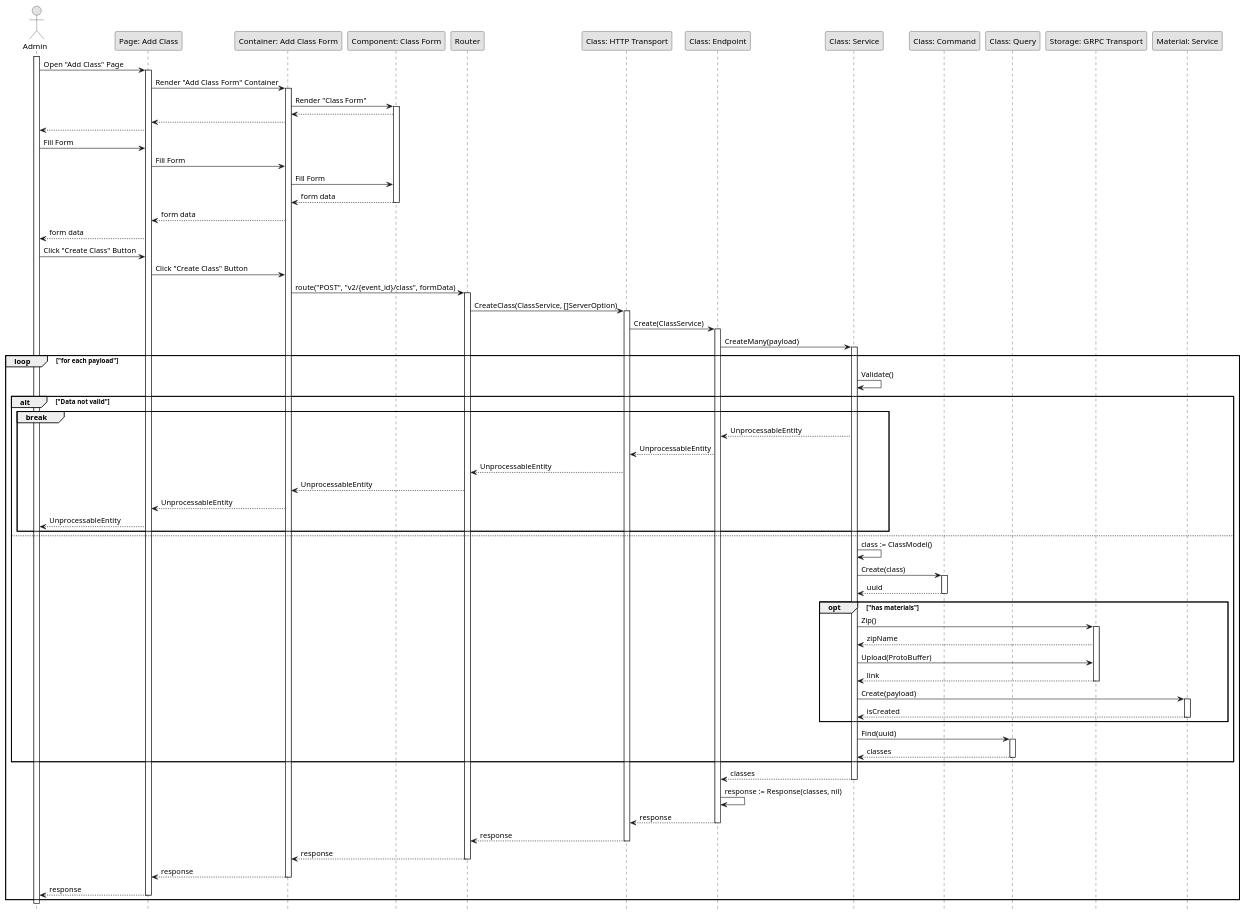
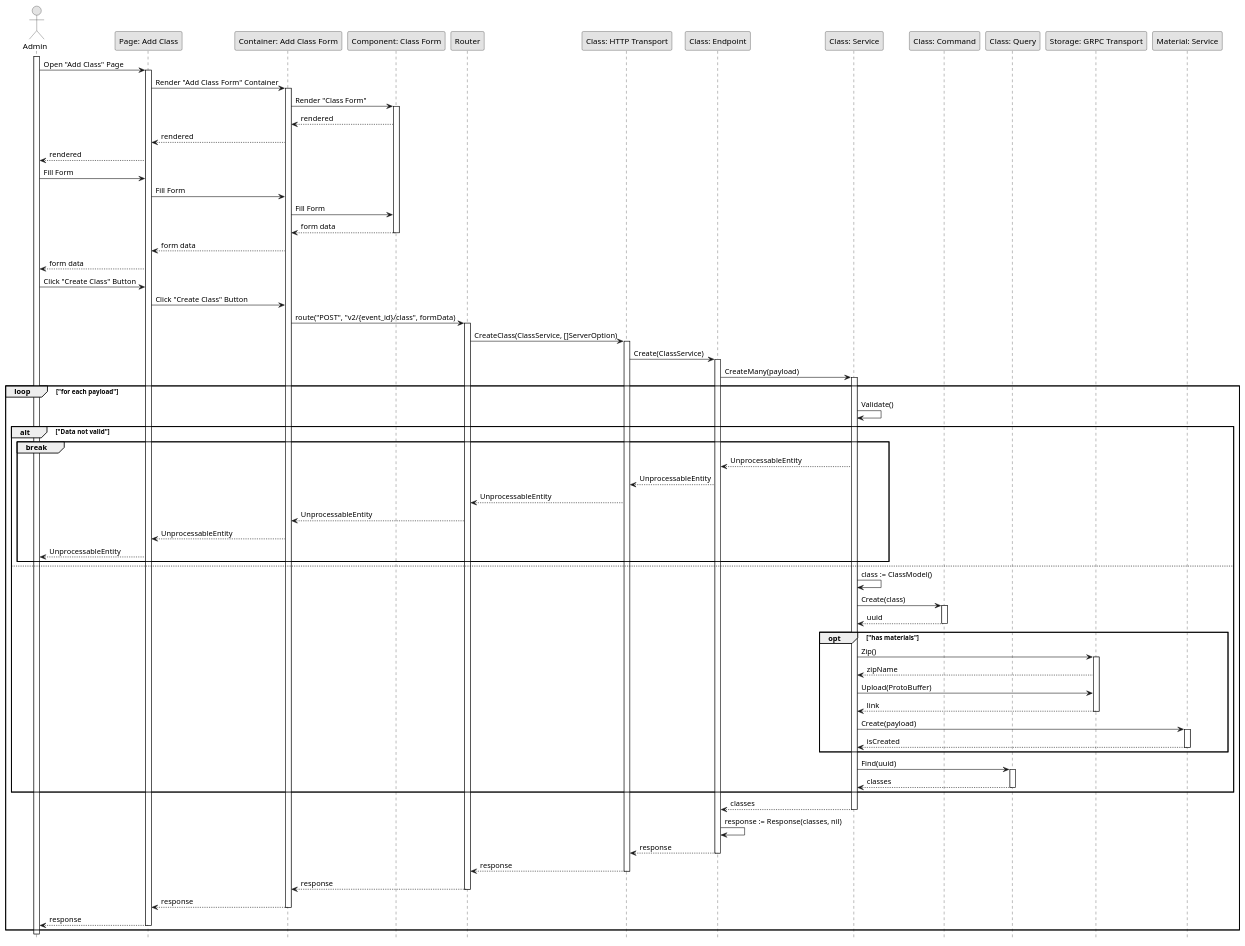
Before and after one commit to fwidjaya20/fazzlearning-uml: the diagram in Sequence/Release01/CreateClass.wsd, drawn with PlantUML. The commit also changed 15 other files, not shown here.

Commit message:
fix(sequence): adding return wording

```diff
--- a/Sequence/Release01/CreateClass.wsd
+++ b/Sequence/Release01/CreateClass.wsd
@@ -1,107 +1,107 @@
 @startuml CreateClass
 
 skinparam Monochrome true
 skinparam Shadowing false
 hide footbox
 
 actor Admin
 participant "Page: Add Class" as AddClassPage
 participant "Container: Add Class Form" as AddClassFormContainer
 participant "Component: Class Form" as ClassForm
 participant "Router" as Router
 participant "Class: HTTP Transport" as ClassHTTPTransport
 participant "Class: Endpoint" as ClassEndpoint
 participant "Class: Service" as ClassService
 participant "Class: Command" as ClassCommand
 participant "Class: Query" as ClassQuery
 participant "Storage: GRPC Transport" as StorageGRPCTransport
 participant "Material: Service" as MaterialService
 
 activate Admin
 
 Admin->AddClassPage: Open "Add Class" Page
 activate AddClassPage
 AddClassPage->AddClassFormContainer: Render "Add Class Form" Container
 activate AddClassFormContainer
 AddClassFormContainer->ClassForm: Render "Class Form"
 activate ClassForm
-ClassForm-->AddClassFormContainer
-AddClassFormContainer-->AddClassPage
-AddClassPage-->Admin
+ClassForm-->AddClassFormContainer: rendered
+AddClassFormContainer-->AddClassPage: rendered
+AddClassPage-->Admin: rendered
 
 Admin->AddClassPage: Fill Form
 AddClassPage->AddClassFormContainer: Fill Form
 AddClassFormContainer->ClassForm: Fill Form
 ClassForm-->AddClassFormContainer: form data
 deactivate ClassForm
 AddClassFormContainer-->AddClassPage: form data
 AddClassPage-->Admin: form data
 
 Admin->AddClassPage: Click "Create Class" Button
 AddClassPage->AddClassFormContainer: Click "Create Class" Button
 AddClassFormContainer->Router: route("POST", "v2/{event_id}/class", formData)
 activate Router
 Router->ClassHTTPTransport: CreateClass(ClassService, []ServerOption)
 activate ClassHTTPTransport
 ClassHTTPTransport->ClassEndpoint: Create(ClassService)
 activate ClassEndpoint
 ClassEndpoint->ClassService: CreateMany(payload)
 
 loop "for each payload"
     activate ClassService
     ClassService->ClassService: Validate()
 
     alt "Data not valid"
         break
             ClassService-->ClassEndpoint: UnprocessableEntity
             ClassEndpoint-->ClassHTTPTransport: UnprocessableEntity
             ClassHTTPTransport-->Router: UnprocessableEntity
             Router-->AddClassFormContainer: UnprocessableEntity
             AddClassFormContainer-->AddClassPage: UnprocessableEntity
             AddClassPage-->Admin: UnprocessableEntity
         end
     else
         ClassService->ClassService: class := ClassModel()
         ClassService->ClassCommand: Create(class)
         activate ClassCommand
         ClassCommand-->ClassService: uuid
         deactivate ClassCommand
 
         opt "has materials"
             ClassService->StorageGRPCTransport: Zip()
             activate StorageGRPCTransport
             StorageGRPCTransport-->ClassService: zipName
             ClassService->StorageGRPCTransport: Upload(ProtoBuffer)
             StorageGRPCTransport-->ClassService: link
             deactivate StorageGRPCTransport
 
             ClassService->MaterialService: Create(payload)
             activate MaterialService
             MaterialService-->ClassService: isCreated
             deactivate MaterialService
         end
 
         ClassService->ClassQuery: Find(uuid)
         activate ClassQuery
         ClassQuery-->ClassService: classes
         deactivate ClassQuery
     end
 
     ClassService-->ClassEndpoint: classes
     deactivate ClassService
     ClassEndpoint->ClassEndpoint: response := Response(classes, nil)
     ClassEndpoint-->ClassHTTPTransport: response
     deactivate ClassEndpoint
     ClassHTTPTransport-->Router: response
     deactivate ClassHTTPTransport
     Router-->AddClassFormContainer: response
     deactivate Router
     AddClassFormContainer-->AddClassPage: response
     deactivate AddClassFormContainer
     AddClassPage-->Admin: response
     deactivate AddClassPage
 end
 
 deactivate Admin
 
 @enduml
```
